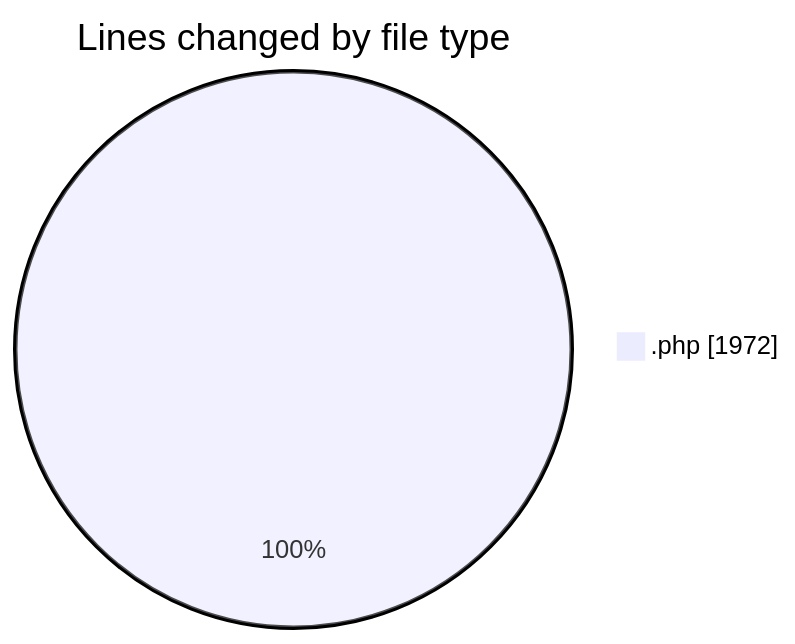
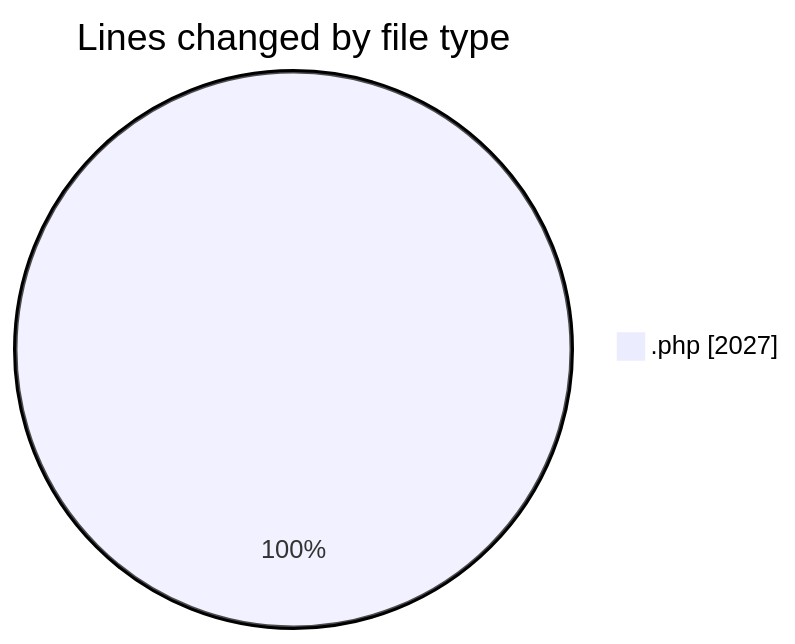
One commit to debugP/code-tracking changed the first of 2 diagrams in 2026-01-13/plugins__workspace_/README.md. Above: the diagram before and after it, drawn with Mermaid. The commit also changed other lines of this file and 1 other file, not shown here.

````diff
--- a/2026-01-13/plugins__workspace_/README.md
+++ b/2026-01-13/plugins__workspace_/README.md
@@ -20,5 +20,5 @@
 ```mermaid
 pie showData
 title Lines changed by file type
-".php" : 1972
+".php" : 2027
 ```
````
